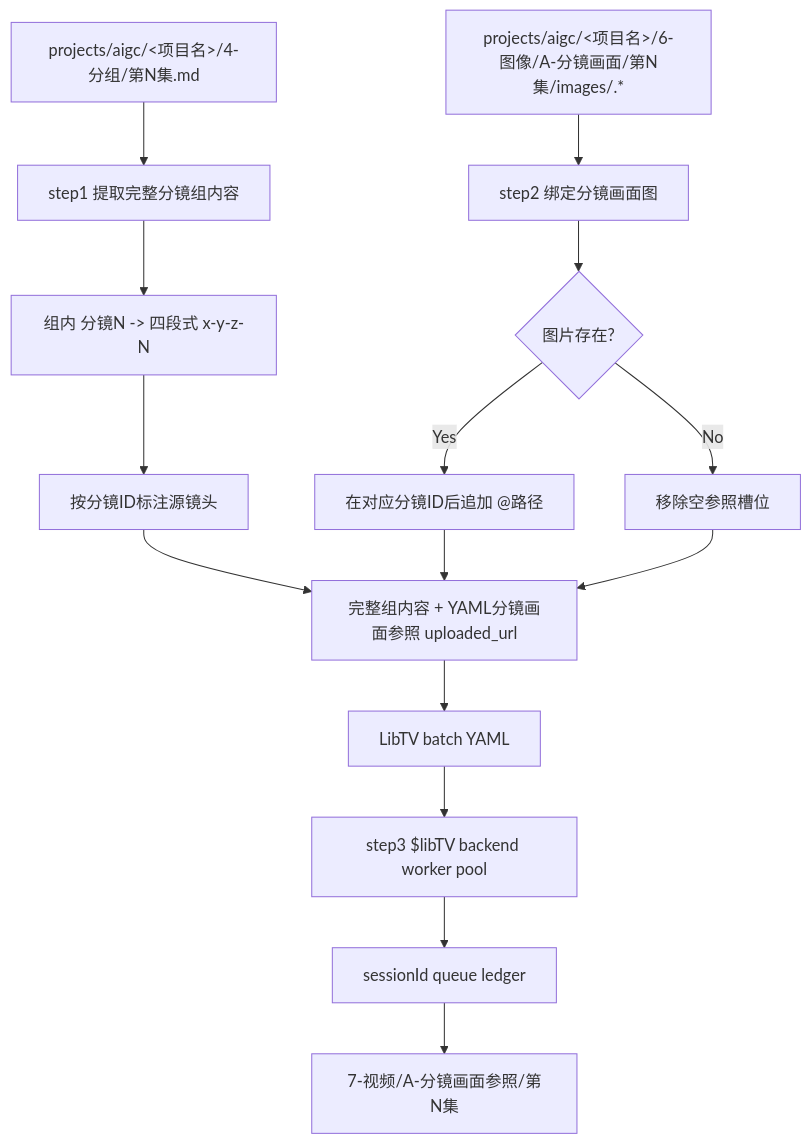
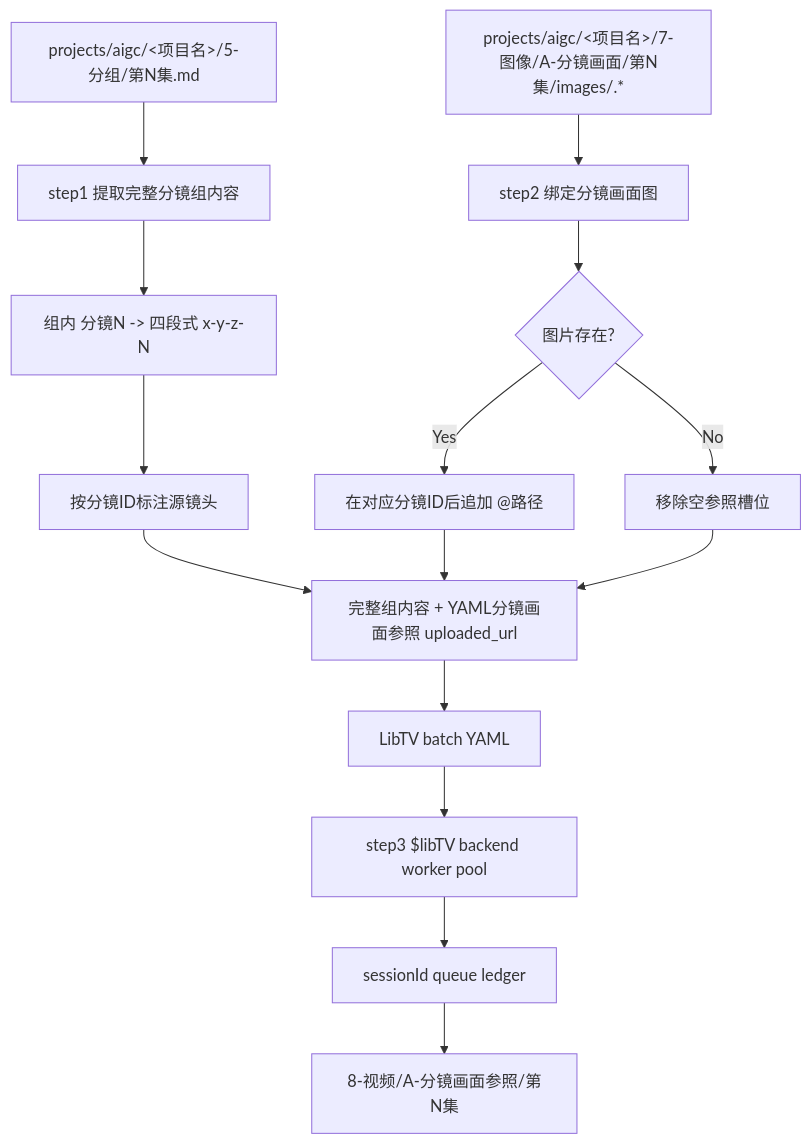
Before and after one commit to ZEN-VOID/AI-CUT: the first of 3 diagrams in .agents/skills/aigc/backup/A-分镜画面参照/SKILL.md, drawn with Mermaid. The commit also changed other lines of this file and 1070 other files, not shown here.

````diff
--- a/.agents/skills/aigc/backup/A-分镜画面参照/SKILL.md
+++ b/.agents/skills/aigc/backup/A-分镜画面参照/SKILL.md
@@ -132,17 +132,17 @@
 ```mermaid
 flowchart TD
-    A["projects/aigc/<项目名>/4-分组/第N集.md"] --> B["step1 提取完整分镜组内容"]
+    A["projects/aigc/<项目名>/5-分组/第N集.md"] --> B["step1 提取完整分镜组内容"]
     B --> C["组内 分镜N -> 四段式 x-y-z-N"]
     C --> D["按分镜ID标注源镜头"]
-    E["projects/aigc/<项目名>/6-图像/A-分镜画面/第N集/images/<shot_id>.*"] --> F["step2 绑定分镜画面图"]
+    E["projects/aigc/<项目名>/7-图像/A-分镜画面/第N集/images/<shot_id>.*"] --> F["step2 绑定分镜画面图"]
     F --> G{"图片存在?"}
     G -->|"Yes"| H["在对应分镜ID后追加 @路径"]
     G -->|"No"| I["移除空参照槽位"]
     D --> J["完整组内容 + YAML分镜画面参照 uploaded_url"]
     H --> J
     I --> J
     J --> K["LibTV batch YAML"]
     K --> L["step3 $libTV backend worker pool"]
     L --> M["sessionId queue ledger"]
-    M --> N["7-视频/A-分镜画面参照/第N集"]
+    M --> N["8-视频/A-分镜画面参照/第N集"]
 ```
````
